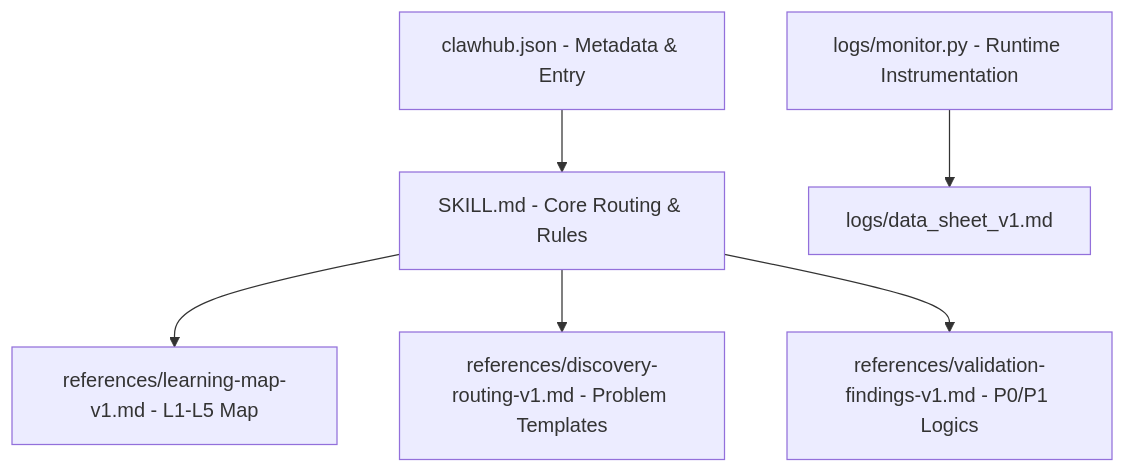
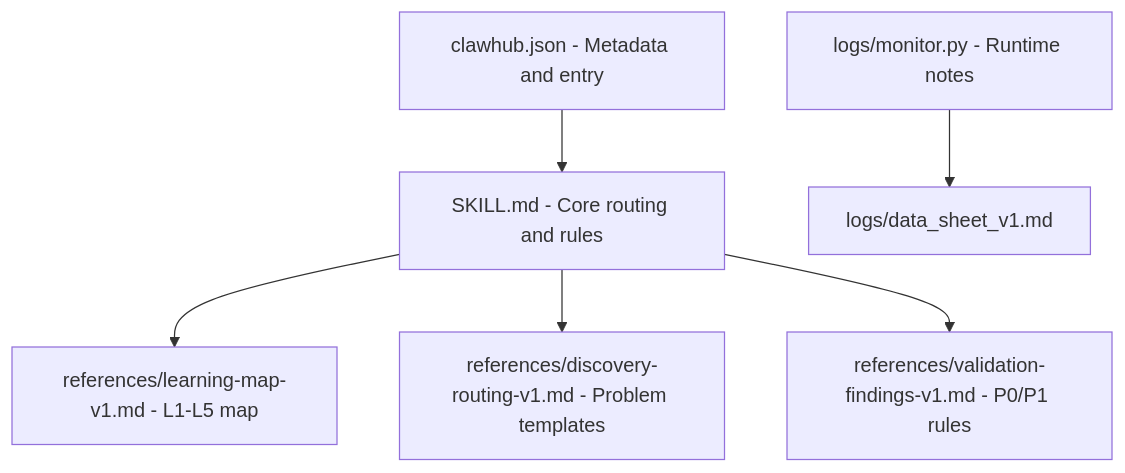
The diagram in README.md (flylocus/openclaw-onboarding-guide), drawn with Mermaid before and after one commit. The commit also changed other lines of this file and 1 other file, not shown here.

````diff
--- a/README.md
+++ b/README.md
@@ -1155,8 +576,8 @@
 ```mermaid
 graph TD
-    A[SKILL.md - Core Routing & Rules] --> B[references/learning-map-v1.md - L1-L5 Map]
-    A --> C[references/discovery-routing-v1.md - Problem Templates]
-    A --> D[references/validation-findings-v1.md - P0/P1 Logics]
-    E[clawhub.json - Metadata & Entry] --> A
-    F[logs/monitor.py - Runtime Instrumentation] --> G[logs/data_sheet_v1.md]
+    A[SKILL.md - Core routing and rules] --> B[references/learning-map-v1.md - L1-L5 map]
+    A --> C[references/discovery-routing-v1.md - Problem templates]
+    A --> D[references/validation-findings-v1.md - P0/P1 rules]
+    E[clawhub.json - Metadata and entry] --> A
+    F[logs/monitor.py - Runtime notes] --> G[logs/data_sheet_v1.md]
 ```
````
